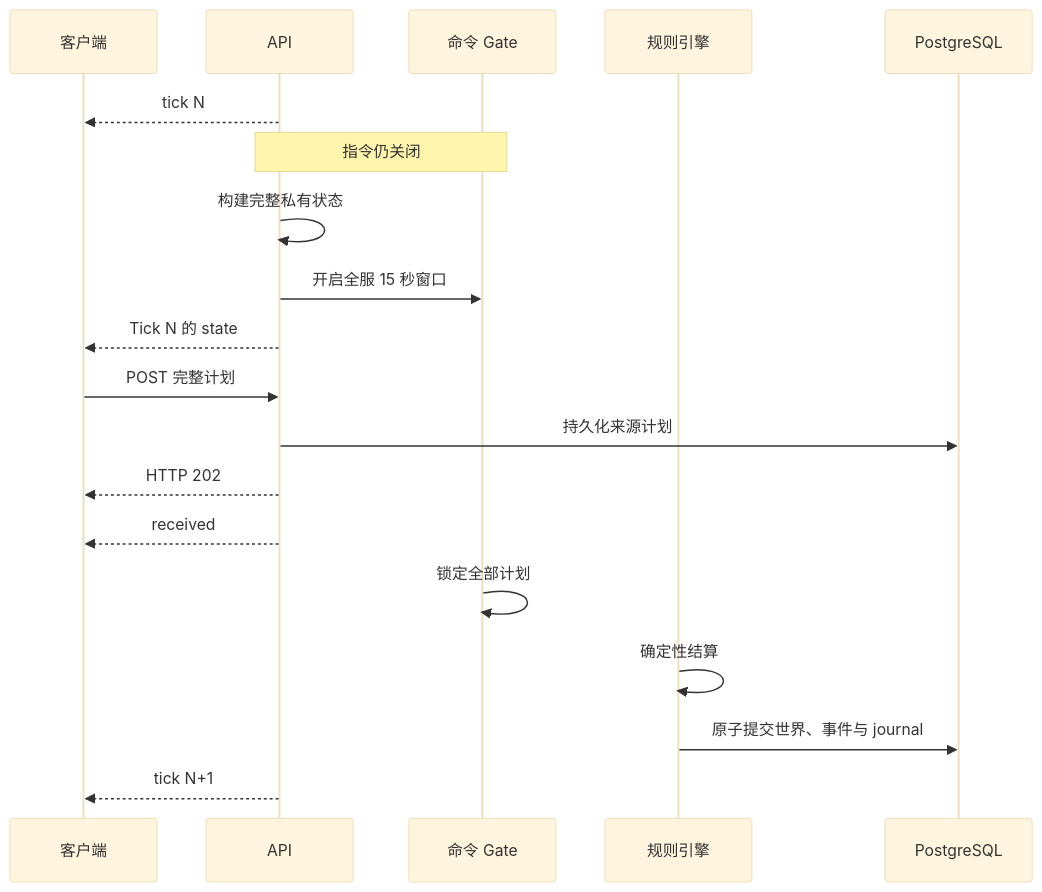
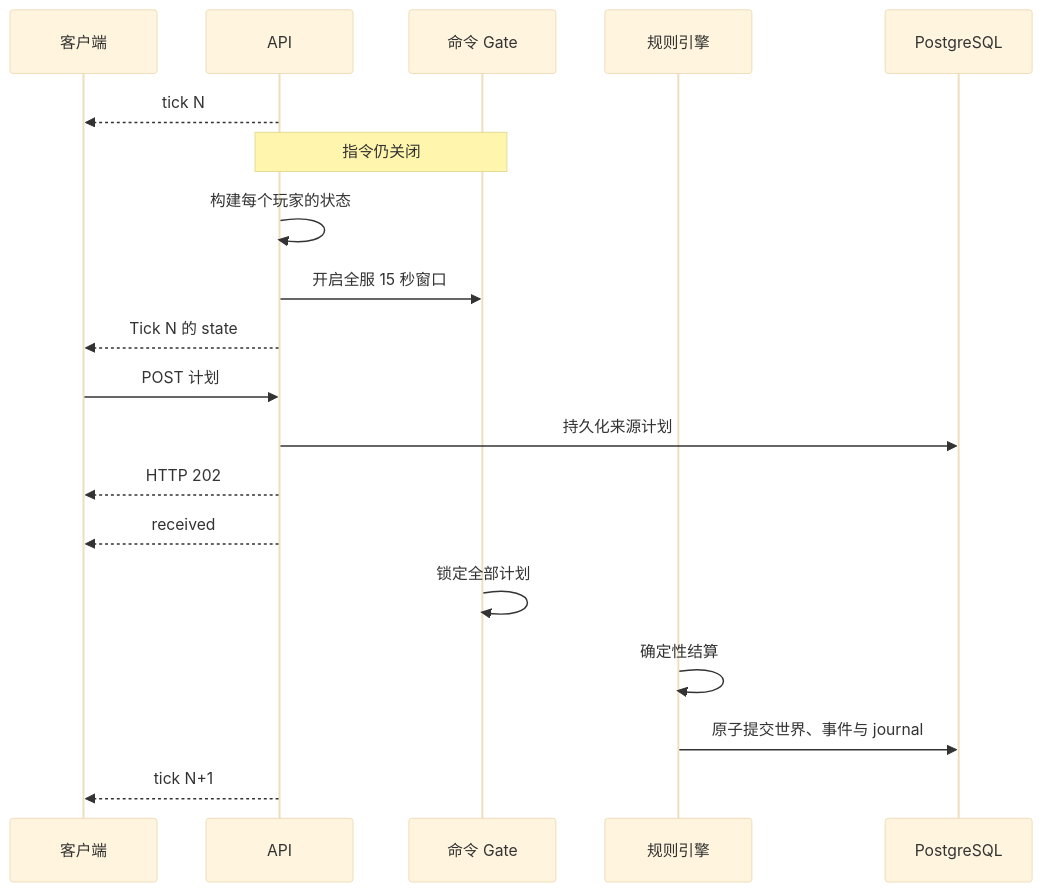
The diagram in i18n/zh-Hans/docusaurus-plugin-content-docs/current/rules/world-and-ticks.md (arena-hero/arena-hero-doc), drawn with Mermaid (base theme) before and after one commit. The commit also changed other lines of this file and 66 other files, not shown here.

````diff
--- a/i18n/zh-Hans/docusaurus-plugin-content-docs/current/rules/world-and-ticks.md
+++ b/i18n/zh-Hans/docusaurus-plugin-content-docs/current/rules/world-and-ticks.md
@@ -34,22 +34,22 @@
 ```mermaid
 sequenceDiagram
   participant C as 客户端
   participant A as API
   participant G as 命令 Gate
   participant E as 规则引擎
   participant D as PostgreSQL
 
   A-->>C: tick N
   Note over A,G: 指令仍关闭
-  A->>A: 构建完整私有状态
+  A->>A: 构建每个玩家的状态
   A->>G: 开启全服 15 秒窗口
   A-->>C: Tick N 的 state
-  C->>A: POST 完整计划
+  C->>A: POST 计划
   A->>D: 持久化来源计划
   A-->>C: HTTP 202
   A-->>C: received
   G->>G: 锁定全部计划
   E->>E: 确定性结算
   E->>D: 原子提交世界、事件与 journal
   A-->>C: tick N+1
 ```
````
